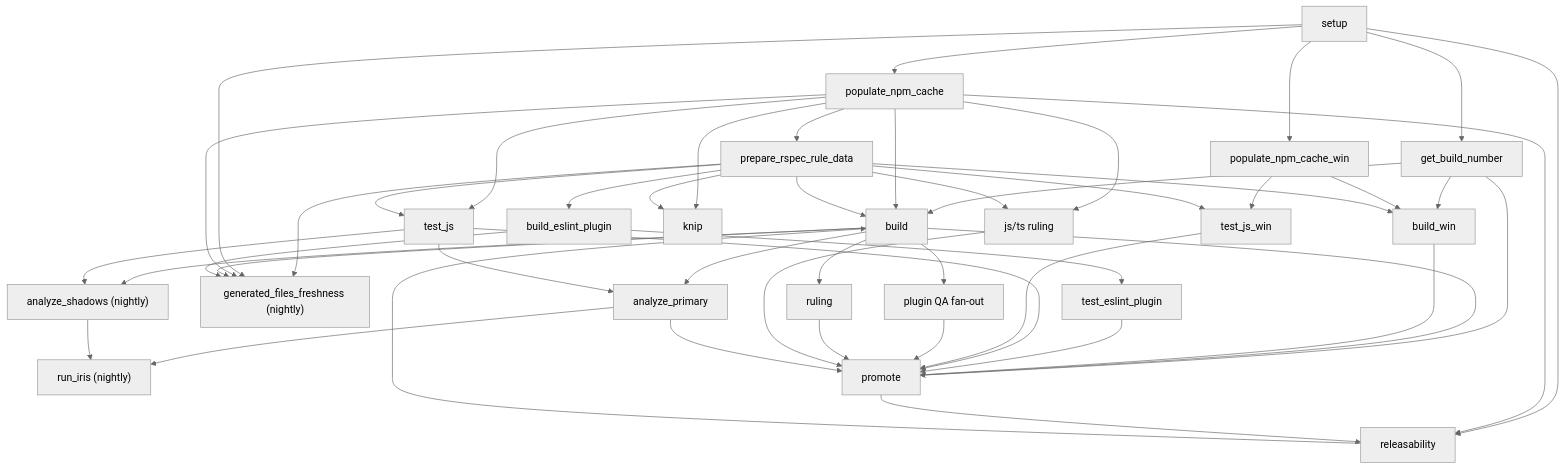
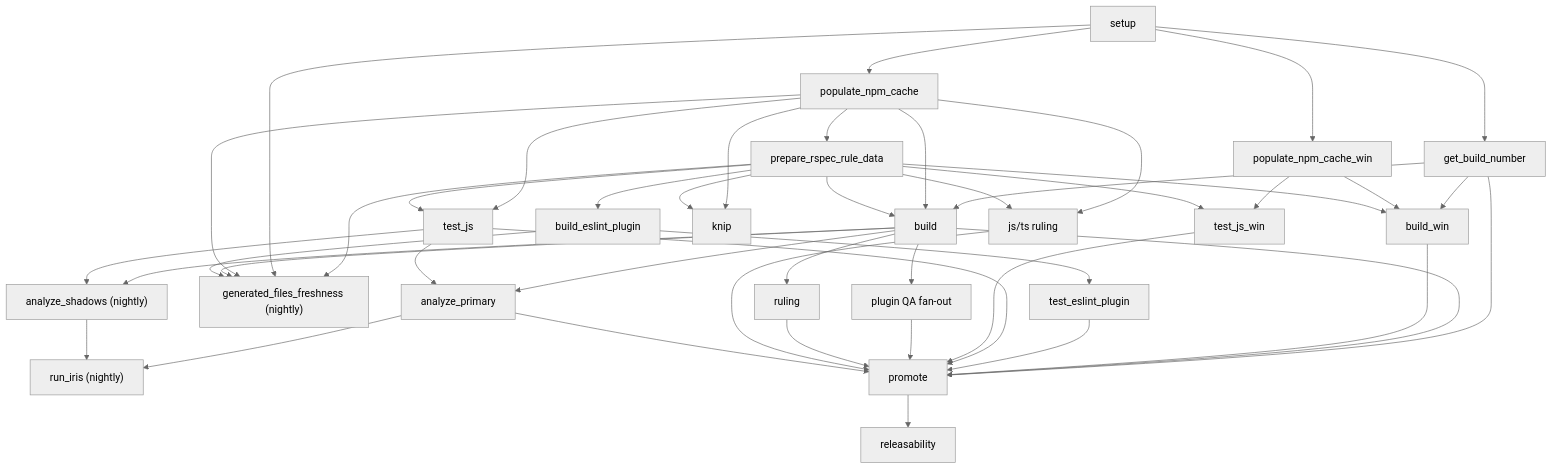
One commit to SonarSource/SonarJS changed the first of 4 diagrams in docs/CI.md. Above: the diagram before and after it, drawn with Mermaid (neutral theme). The commit also changed other lines of this file and 1 other file, not shown here.

Commit message:
Simplify-Maven-license-validation

````diff
--- a/docs/CI.md
+++ b/docs/CI.md
@@ -88,62 +88,59 @@
 ```mermaid
 flowchart TD
   A["setup"] --> B["get_build_number"]
   A --> C["populate_npm_cache"]
   A --> D["populate_npm_cache_win"]
   C --> E["prepare_rspec_rule_data"]
 
   B --> F["build"]
   C --> F
   E --> F
 
   B --> G["build_win"]
   D --> G
   E --> G
 
   E --> H["build_eslint_plugin"]
   H --> I["test_eslint_plugin"]
 
   C --> J["test_js"]
   E --> J
 
   D --> K["test_js_win"]
   E --> K
 
   C --> L["knip"]
   E --> L
 
   E --> M
   A --> M
   C --> M
   F --> M
-  A --> U["populate_maven_cache"]
-  C --> U
-  U --> F
   H --> M["generated_files_freshness (nightly)"]
 
   F --> N["plugin QA fan-out"]
   F --> O["ruling"]
   C --> P["js/ts ruling"]
   E --> P
 
   F --> Q["analyze_primary"]
   J --> Q
   F --> R["analyze_shadows (nightly)"]
   J --> R
 
   Q --> S["run_iris (nightly)"]
   R --> S
 
   B --> T["promote"]
   F --> T
   G --> T
   I --> T
   J --> T
   K --> T
   N --> T
   O --> T
   P --> T
   Q --> T
 
   T --> U["releasability"]
 ```
````
